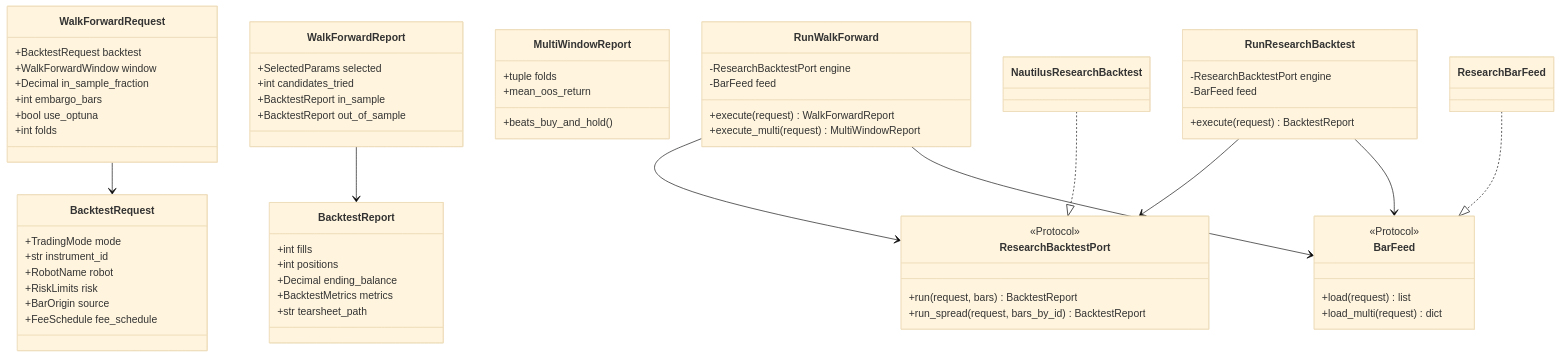
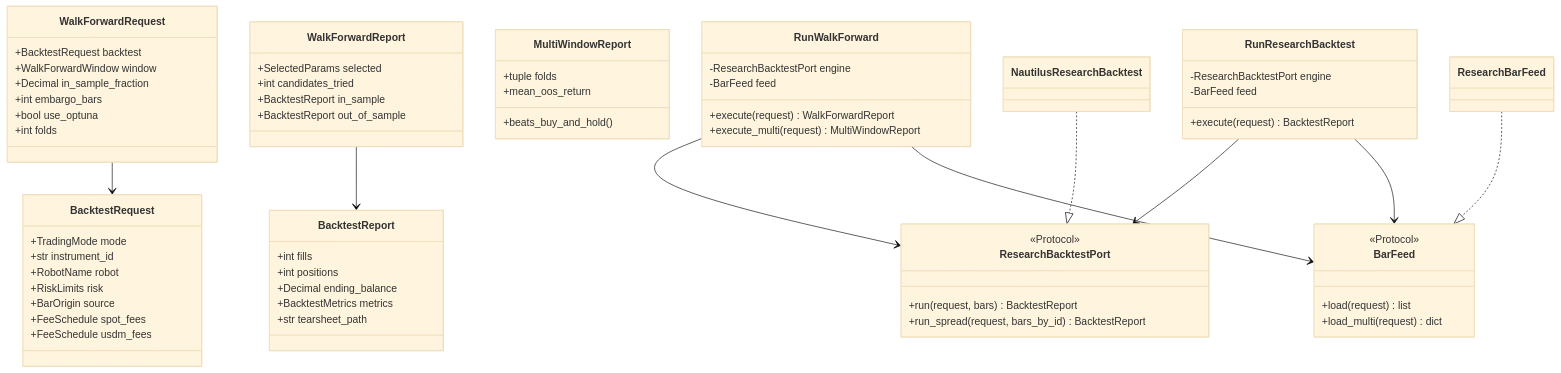
One commit to VolodymyrDominion12/nautilus-lab changed the fourth of 5 diagrams in docs/uml/03-class.md. Above: the diagram before and after it, drawn with Mermaid (base theme). The commit also changed 53 other files, not shown here.

````diff
--- a/docs/uml/03-class.md
+++ b/docs/uml/03-class.md
@@ -216,75 +216,76 @@
 ```mermaid
 classDiagram
     class BacktestRequest {
         +TradingMode mode
         +str instrument_id
         +RobotName robot
         +RiskLimits risk
         +BarOrigin source
-        +FeeSchedule fee_schedule
+        +FeeSchedule spot_fees
+        +FeeSchedule usdm_fees
     }
 
     class BacktestReport {
         +int fills
         +int positions
         +Decimal ending_balance
         +BacktestMetrics metrics
         +str tearsheet_path
     }
 
     class WalkForwardRequest {
         +BacktestRequest backtest
         +WalkForwardWindow window
         +Decimal in_sample_fraction
         +int embargo_bars
         +bool use_optuna
         +int folds
     }
 
     class WalkForwardReport {
         +SelectedParams selected
         +int candidates_tried
         +BacktestReport in_sample
         +BacktestReport out_of_sample
     }
 
     class MultiWindowReport {
         +tuple folds
         +mean_oos_return
         +beats_buy_and_hold()
     }
 
     class ResearchBacktestPort {
         <<Protocol>>
         +run(request, bars) BacktestReport
         +run_spread(request, bars_by_id) BacktestReport
     }
 
     class BarFeed {
         <<Protocol>>
         +load(request) list
         +load_multi(request) dict
     }
 
     class RunWalkForward {
         -ResearchBacktestPort engine
         -BarFeed feed
         +execute(request) WalkForwardReport
         +execute_multi(request) MultiWindowReport
     }
 
     class RunResearchBacktest {
         -ResearchBacktestPort engine
         -BarFeed feed
         +execute(request) BacktestReport
     }
 
     WalkForwardRequest --> BacktestRequest
     WalkForwardReport --> BacktestReport
     RunWalkForward --> ResearchBacktestPort
     RunWalkForward --> BarFeed
     RunResearchBacktest --> ResearchBacktestPort
     RunResearchBacktest --> BarFeed
     NautilusResearchBacktest ..|> ResearchBacktestPort
     ResearchBarFeed ..|> BarFeed
 ```
````
